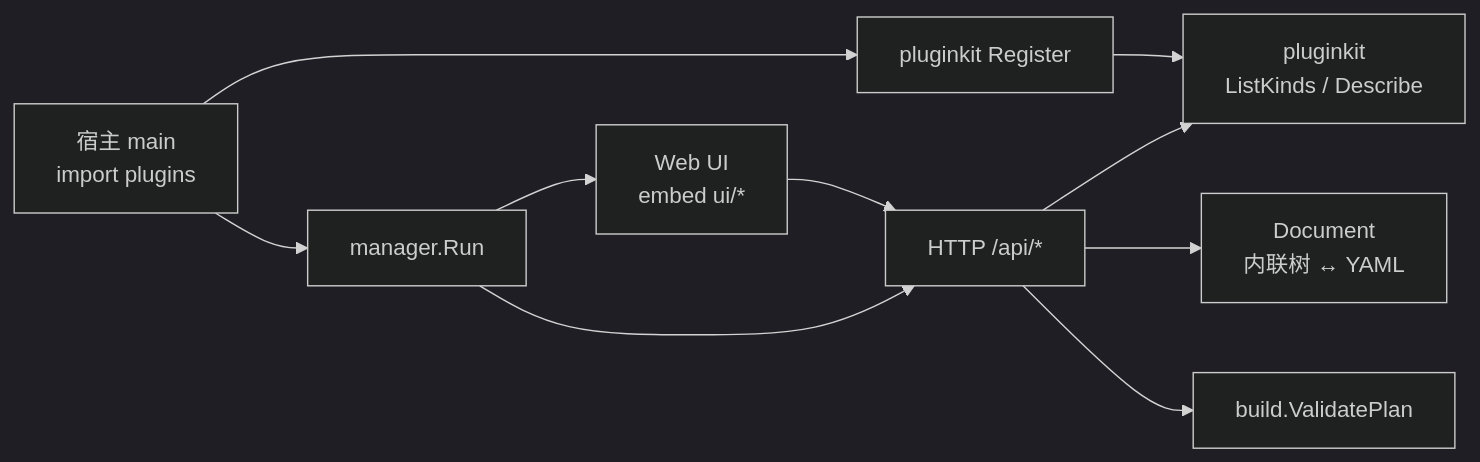
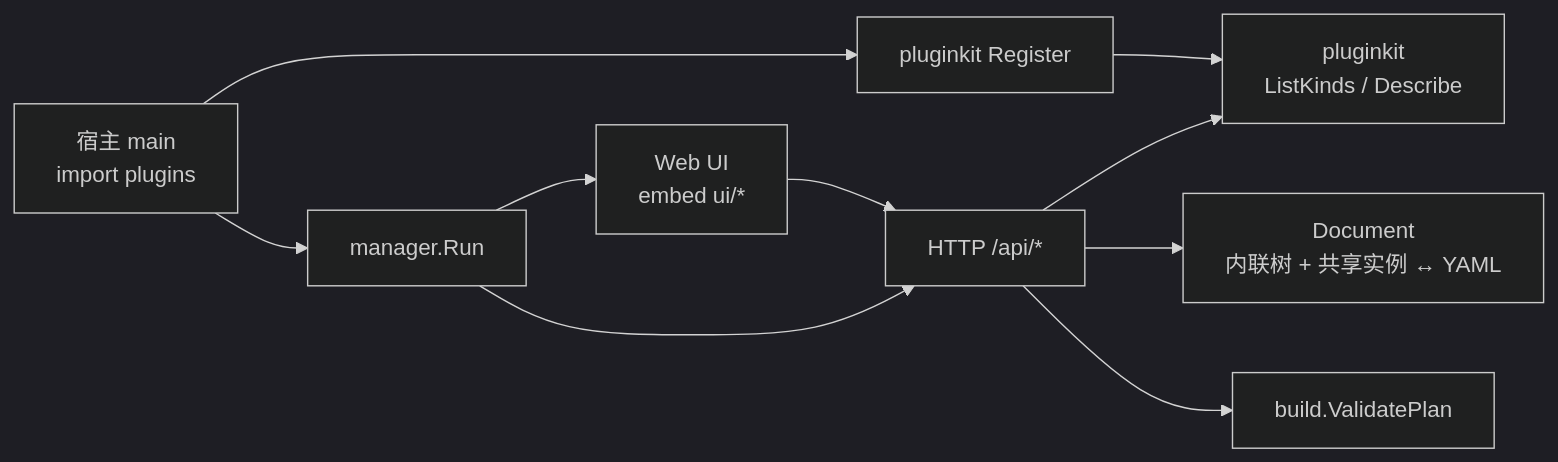
The first of 2 diagrams in docs/2026-08-21-web-manager.md (lengzhao/pluginkit), drawn with Mermaid (dark theme) before and after one commit. The commit also changed other lines of this file and 11 other files, not shown here.

````diff
--- a/docs/2026-08-21-web-manager.md
+++ b/docs/2026-08-21-web-manager.md
@@ -58,12 +58,12 @@
 ```mermaid
 flowchart LR
   Main["宿主 main\nimport plugins"] --> REG["pluginkit Register"]
   Main --> MGR["manager.Run"]
   UI["Web UI\nembed ui/*"] --> API["HTTP /api/*"]
   MGR --> UI
   MGR --> API
   API --> PK["pluginkit\nListKinds / Describe"]
-  API --> DOC["Document\n内联树 ↔ YAML"]
+  API --> DOC["Document\n内联树 + 共享实例 ↔ YAML"]
   API --> BUILD["build.ValidatePlan"]
   REG --> PK
 ```
````
